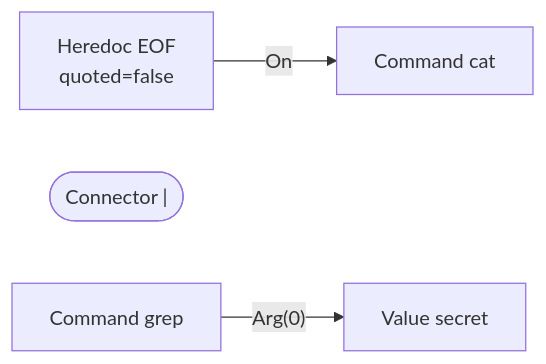
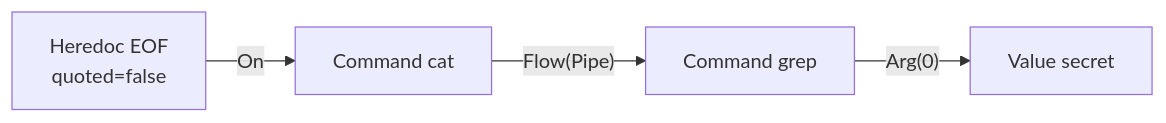
Before and after one commit to sladg/lictor: the third of 4 diagrams in COMMAND-GRAPH.md, drawn with Mermaid. The commit also changed other lines of this file and 5 other files, not shown here.

````diff
--- a/COMMAND-GRAPH.md
+++ b/COMMAND-GRAPH.md
@@ -114,10 +117,10 @@
 ```mermaid
 graph LR
   C0["Command cat"]
   H1["Heredoc EOF<br/>quoted=false"]
-  K2(["Connector |"])
   C3["Command grep"]
   V4["Value secret"]
   C3 -->|"Arg(0)"| V4
   H1 -->|On| C0
+  C0 -->|"Flow(Pipe)"| C3
 ```
````
